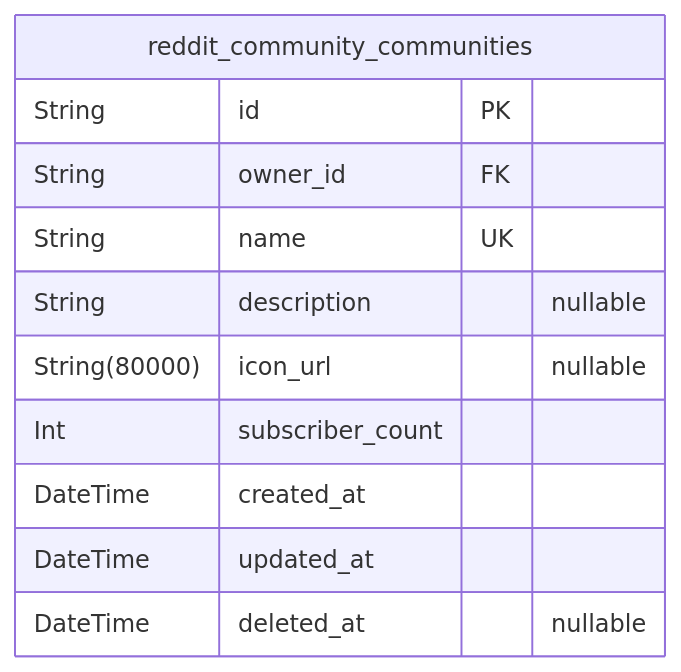
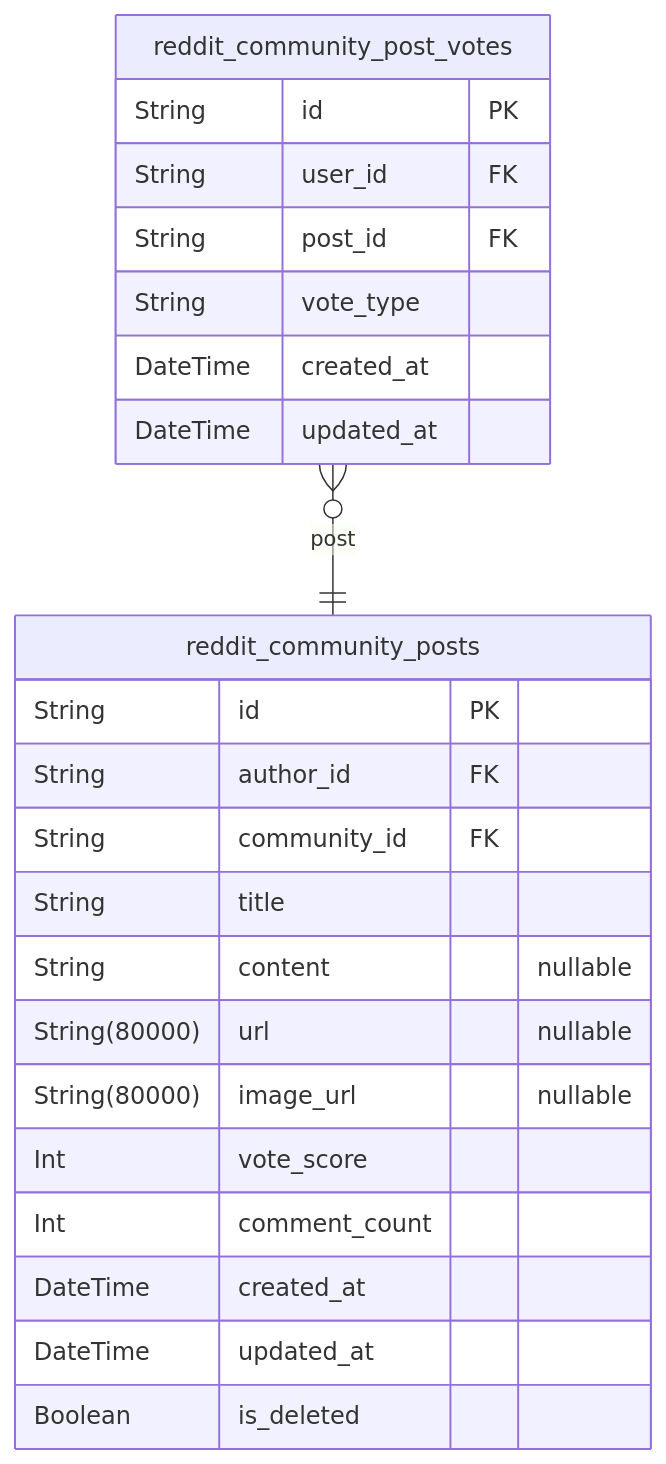
The third of 5 diagrams in qwen/qwen3-next-80b-a3b-instruct/reddit/docs/ERD.md (wrtnlabs/autobe-examples), drawn with Mermaid before and after one commit. The commit also changed other lines of this file and 25939 other files, not shown here.

````diff
--- a/qwen/qwen3-next-80b-a3b-instruct/reddit/docs/ERD.md
+++ b/qwen/qwen3-next-80b-a3b-instruct/reddit/docs/ERD.md
@@ -975,14 +898,26 @@
 ```mermaid
 erDiagram
-"reddit_community_communities" {
+"reddit_community_posts" {
   String id PK
-  String owner_id FK
-  String name UK
-  String description "nullable"
-  String(80000) icon_url "nullable"
-  Int subscriber_count
+  String author_id FK
+  String community_id FK
+  String title
+  String content "nullable"
+  String(80000) url "nullable"
+  String(80000) image_url "nullable"
+  Int vote_score
+  Int comment_count
   DateTime created_at
   DateTime updated_at
-  DateTime deleted_at "nullable"
+  Boolean is_deleted
 }
+"reddit_community_post_votes" {
+  String id PK
+  String user_id FK
+  String post_id FK
+  String vote_type
+  DateTime created_at
+  DateTime updated_at
+}
+"reddit_community_post_votes" }o--|| "reddit_community_posts" : post
 ```
````
